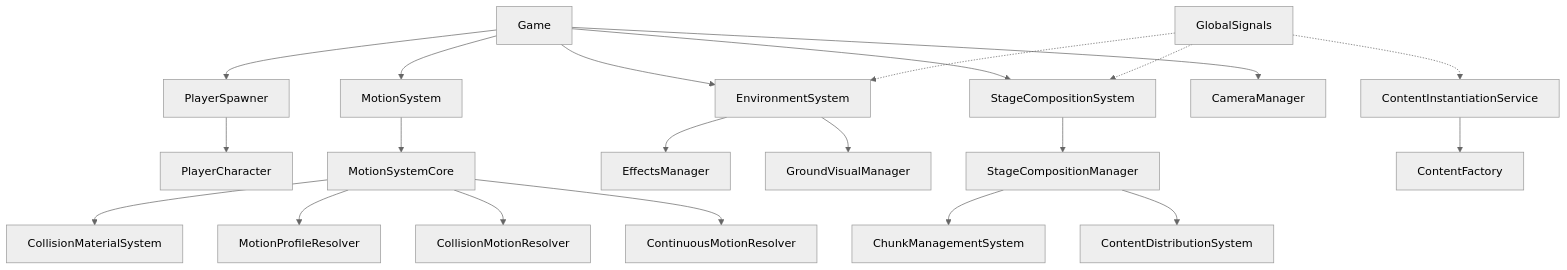
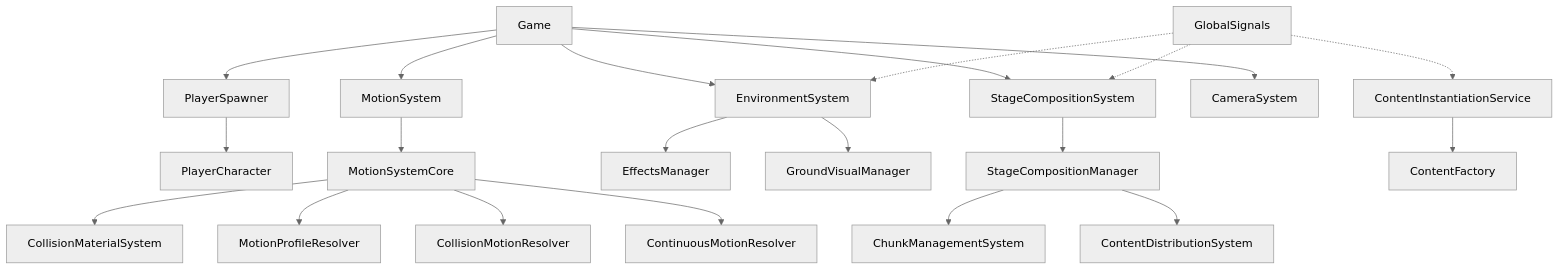
The diagram in README.md (talofo/namoradinha), drawn with Mermaid (neutral theme) before and after one commit. The commit also changed other lines of this file and 18 other files, not shown here.

Commit message:
added camera system and removed old debugger from motion

````diff
--- a/README.md
+++ b/README.md
@@ -13,29 +13,29 @@
 ```mermaid
 graph TD
     Game[Game] --> MotionSystem
     Game --> EnvironmentSystem
     Game --> StageCompositionSystem
     Game --> PlayerSpawner
-    Game --> CameraManager
+    Game --> CameraSystem
     
     PlayerSpawner --> PlayerCharacter
     
     MotionSystem --> MotionSystemCore
     MotionSystemCore --> CollisionMaterialSystem
     MotionSystemCore --> MotionProfileResolver
     MotionSystemCore --> CollisionMotionResolver
     MotionSystemCore --> ContinuousMotionResolver
     
     EnvironmentSystem --> EffectsManager
     EnvironmentSystem --> GroundVisualManager
     
     StageCompositionSystem --> StageCompositionManager
     StageCompositionManager --> ChunkManagementSystem
     StageCompositionManager --> ContentDistributionSystem
     
     GlobalSignals -.-> EnvironmentSystem
     GlobalSignals -.-> StageCompositionSystem
     GlobalSignals -.-> ContentInstantiationService
     
     ContentInstantiationService --> ContentFactory
 ```
````
